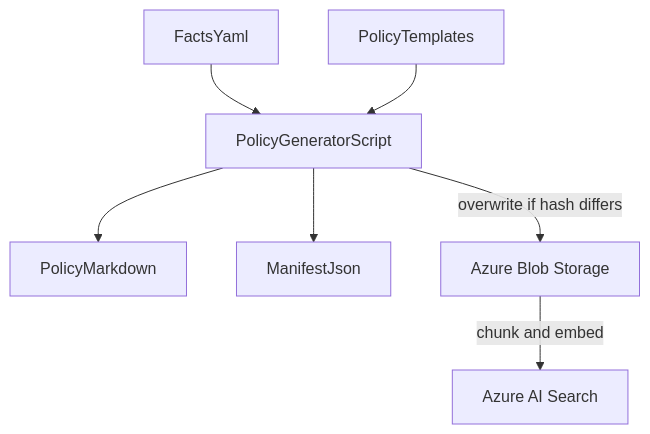
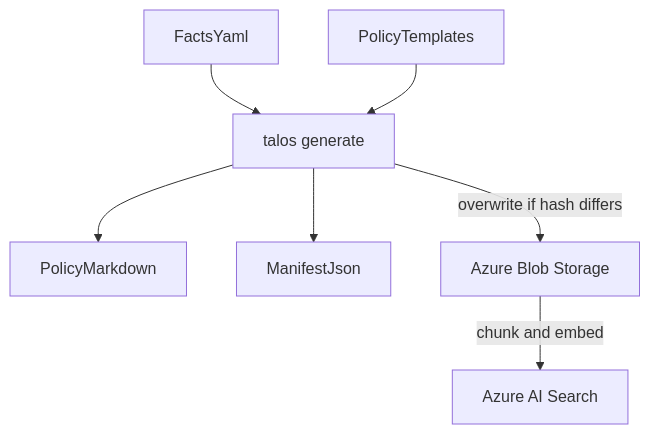
Before and after one commit to kborovik/azure-ai-foundry: the second of 2 diagrams in docs/credit-policy-agent-plan.md, drawn with Mermaid. The commit also changed other lines of this file and 25 other files, not shown here.

First line of the commit message:
feat: add talos CLI and credit policy agent plan

````diff
--- a/docs/credit-policy-agent-plan.md
+++ b/docs/credit-policy-agent-plan.md
@@ -150,17 +153,17 @@
 ```mermaid
 flowchart TD
   FACTS["FactsYaml"]
   TPL["PolicyTemplates"]
-  GEN["PolicyGeneratorScript"]
+  GEN["talos generate"]
   MD["PolicyMarkdown"]
   MAN["ManifestJson"]
   BLOB["Azure Blob Storage"]
   SEARCH["Azure AI Search"]
 
   FACTS --> GEN
   TPL --> GEN
   GEN --> MD
   GEN --> MAN
   GEN -->|overwrite if hash differs| BLOB
   BLOB -->|chunk and embed| SEARCH
 ```
````
